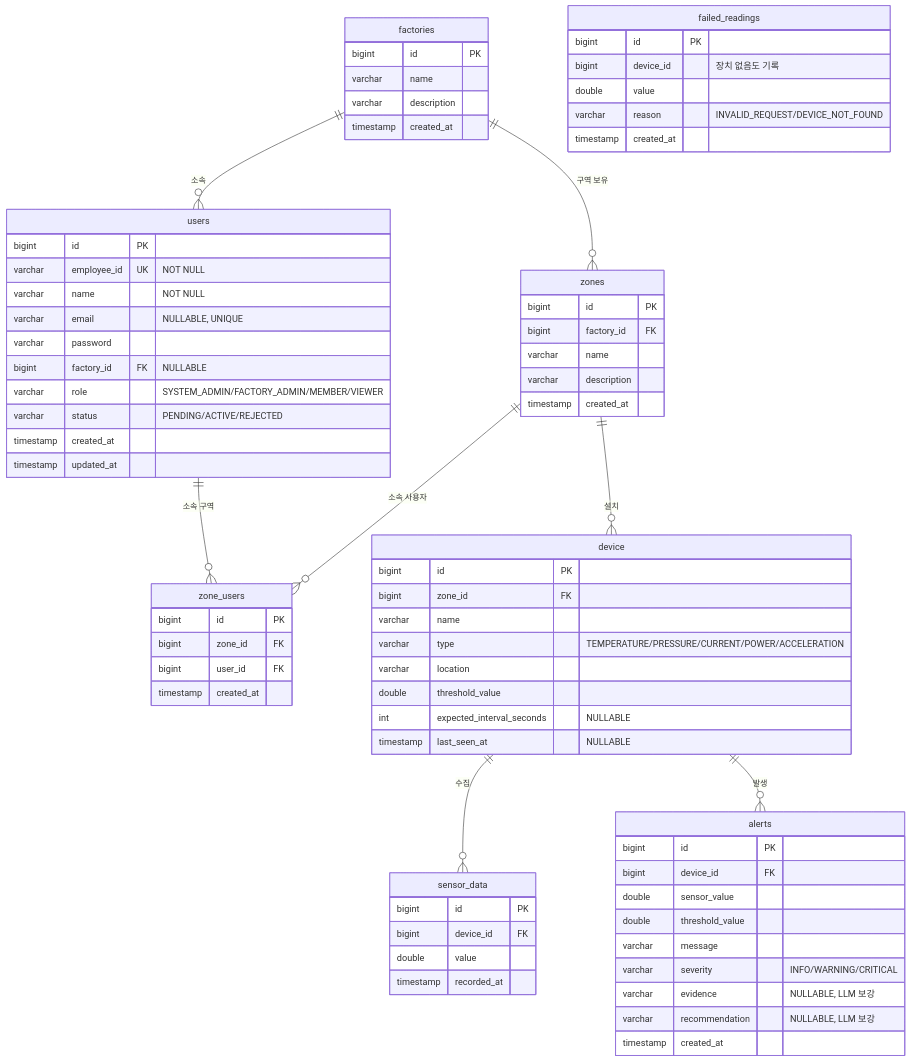
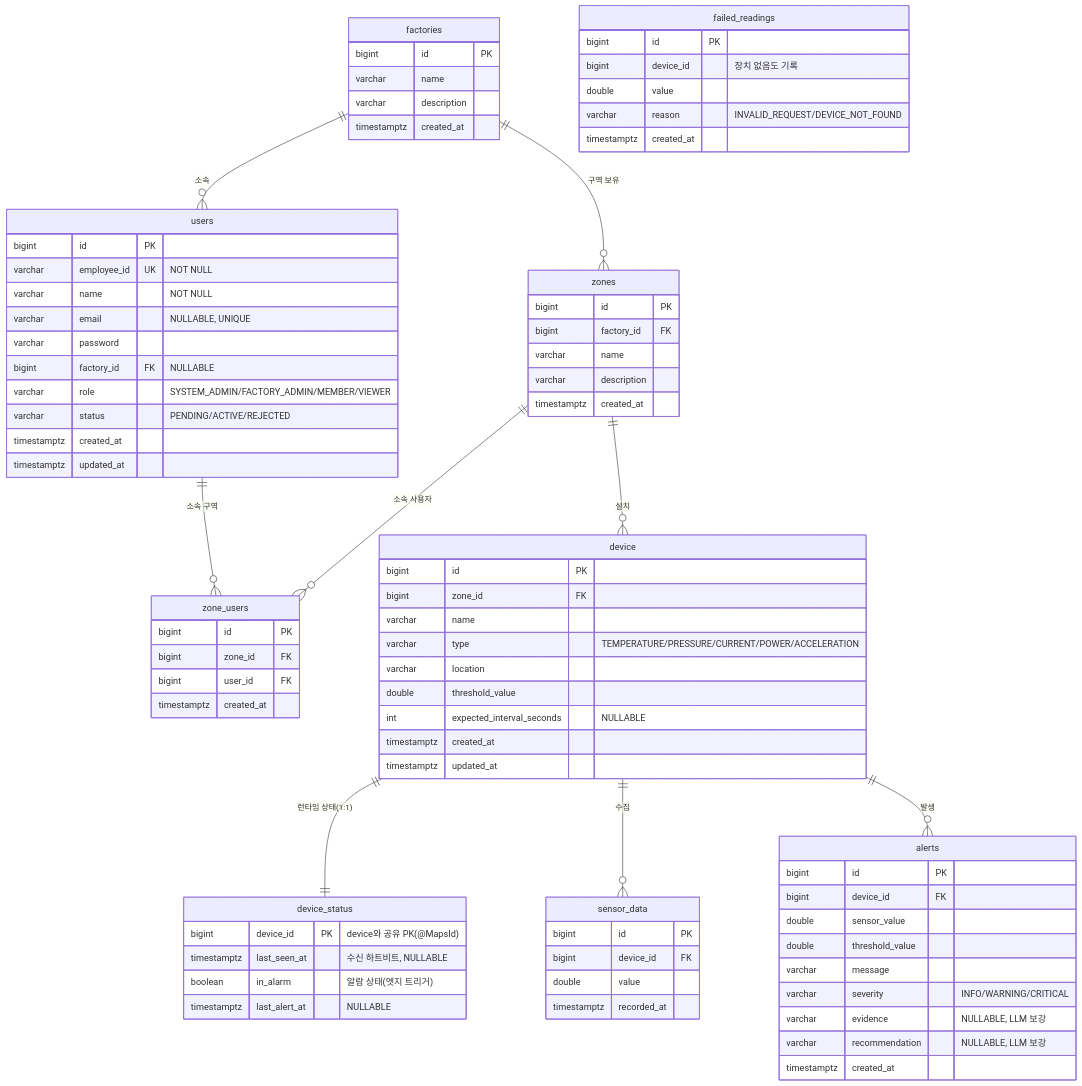
One commit to YEONJI-P/iot-sensor-platform changed the third of 3 diagrams in README.md. Above: the diagram before and after it, drawn with Mermaid. The commit also changed other lines of this file and 1 other file, not shown here.

Commit message:
docs: README·CLAUDE 정합성 검수 — 오늘 변경 반영
- ERD: timestamp→timestamptz(전 컬럼), device_status 테이블 추가(DeviceStatus 분리),
  device의 last_seen_at 제거+audit 추가, device 1:1 device_status 관계선
- 알림 서술을 엣지 트리거로 갱신(초과 시마다→정상→초과 전환 1건, 히스테리시스 해제),
  런타임 상태(lastSeenAt)가 device_status 소속임을 명시
- CLAUDE 데이터 흐름: device.markSeen→DeviceStatus.markSeen, AnomalyDetector 판정을 엣지 트리거로
- 기술스택 테스트란 H2(부팅 스모크)/Testcontainers(DB 계층) 구분
- (앞서 반영분 재확인: explain 리네임·포트·H2 역할 정직화 잔재 0)

````diff
--- a/README.md
+++ b/README.md
@@ -126,7 +126,7 @@
         bigint id PK
         varchar name
         varchar description
-        timestamp created_at
+        timestamptz created_at
     }
 
     zones {
@@ -134,14 +134,14 @@
         bigint factory_id FK
         varchar name
         varchar description
-        timestamp created_at
+        timestamptz created_at
     }
 
     zone_users {
         bigint id PK
         bigint zone_id FK
         bigint user_id FK
-        timestamp created_at
+        timestamptz created_at
     }
 
     users {
@@ -153,8 +153,8 @@
         bigint factory_id FK "NULLABLE"
         varchar role "SYSTEM_ADMIN/FACTORY_ADMIN/MEMBER/VIEWER"
         varchar status "PENDING/ACTIVE/REJECTED"
-        timestamp created_at
-        timestamp updated_at
+        timestamptz created_at
+        timestamptz updated_at
     }
 
     device {
@@ -165,14 +165,22 @@
         varchar location
         double threshold_value
         int expected_interval_seconds "NULLABLE"
-        timestamp last_seen_at "NULLABLE"
+        timestamptz created_at
+        timestamptz updated_at
+    }
+
+    device_status {
+        bigint device_id PK "device와 공유 PK(@MapsId)"
+        timestamptz last_seen_at "수신 하트비트, NULLABLE"
+        boolean in_alarm "알람 상태(엣지 트리거)"
+        timestamptz last_alert_at "NULLABLE"
     }
 
     sensor_data {
         bigint id PK
         bigint device_id FK
         double value
-        timestamp recorded_at
+        timestamptz recorded_at
     }
 
     alerts {
@@ -184,7 +192,7 @@
         varchar severity "INFO/WARNING/CRITICAL"
         varchar evidence "NULLABLE, LLM 보강"
         varchar recommendation "NULLABLE, LLM 보강"
-        timestamp created_at
+        timestamptz created_at
     }
 
     failed_readings {
@@ -192,7 +200,7 @@
         bigint device_id "장치 없음도 기록"
         double value
         varchar reason "INVALID_REQUEST/DEVICE_NOT_FOUND"
-        timestamp created_at
+        timestamptz created_at
     }
 
     factories ||--o{ zones : "구역 보유"
@@ -200,6 +208,7 @@
     zones ||--o{ zone_users : "소속 사용자"
     users ||--o{ zone_users : "소속 구역"
     zones ||--o{ device : "설치"
+    device ||--|| device_status : "런타임 상태(1:1)"
     device ||--o{ sensor_data : "수집"
     device ||--o{ alerts : "발생"
 ```
````
